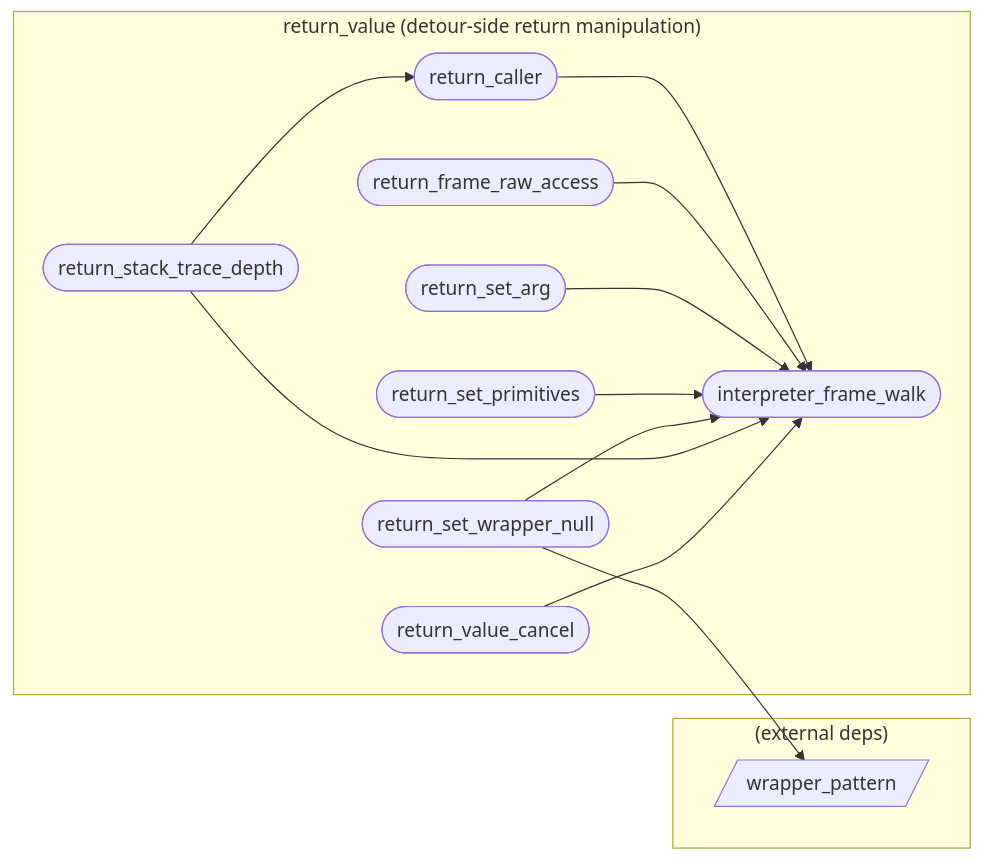
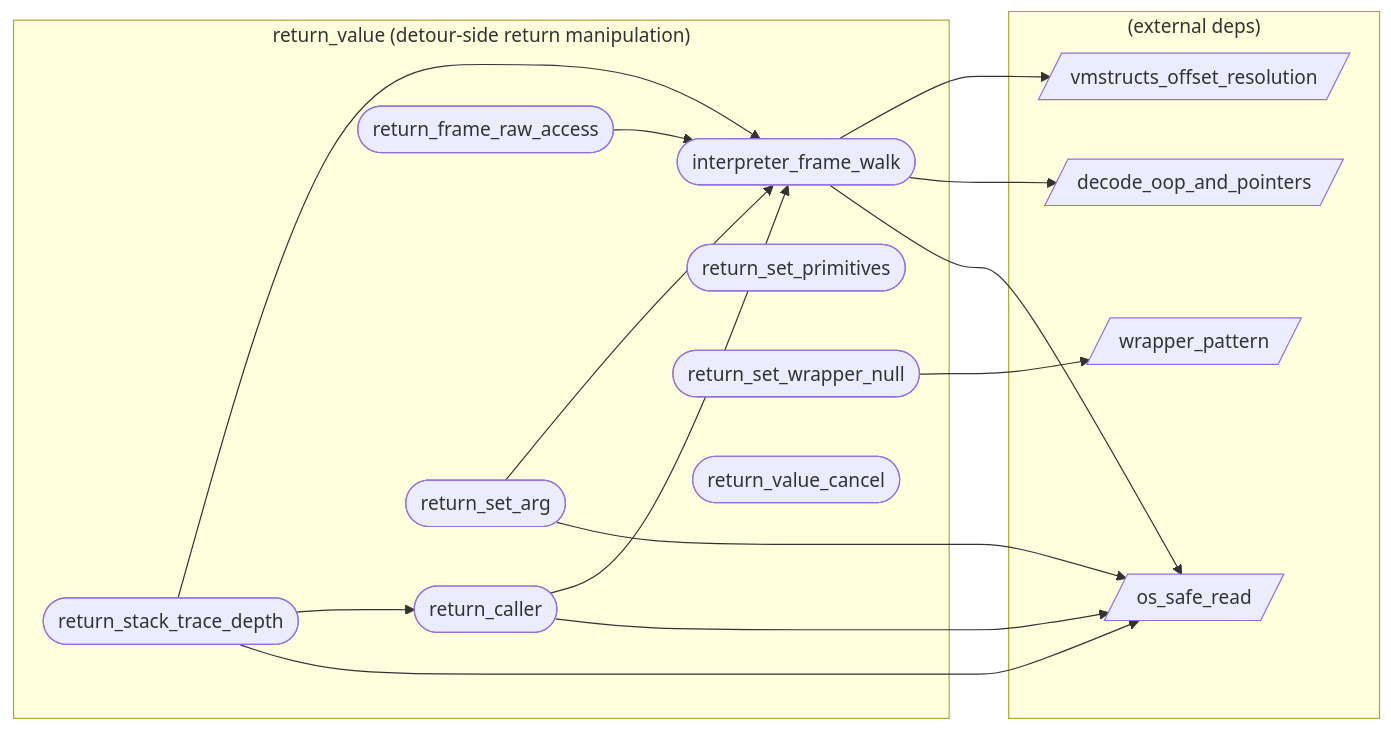
One commit to xxxnpno/VMHook changed the diagram in audit/graph/categories/return.md. Above: the diagram before and after it, drawn with Mermaid. The commit also changed other lines of this file and 169 other files, not shown here.

````diff
--- a/audit/graph/categories/return.md
+++ b/audit/graph/categories/return.md
@@ -25,25 +25,31 @@
 ```mermaid
 flowchart LR
   subgraph return["return_value (detour-side return manipulation)"]
     interpreter_frame_walk([interpreter_frame_walk])
     return_caller([return_caller])
     return_frame_raw_access([return_frame_raw_access])
     return_set_arg([return_set_arg])
     return_set_primitives([return_set_primitives])
     return_set_wrapper_null([return_set_wrapper_null])
     return_stack_trace_depth([return_stack_trace_depth])
     return_value_cancel([return_value_cancel])
   end
   subgraph external["(external deps)"]
+    decode_oop_and_pointers[/decode_oop_and_pointers/]
+    os_safe_read[/os_safe_read/]
+    vmstructs_offset_resolution[/vmstructs_offset_resolution/]
     wrapper_pattern[/wrapper_pattern/]
   end
+  interpreter_frame_walk --> vmstructs_offset_resolution
+  interpreter_frame_walk --> decode_oop_and_pointers
+  interpreter_frame_walk --> os_safe_read
   return_caller --> interpreter_frame_walk
+  return_caller --> os_safe_read
   return_frame_raw_access --> interpreter_frame_walk
   return_set_arg --> interpreter_frame_walk
-  return_set_primitives --> interpreter_frame_walk
-  return_set_wrapper_null --> interpreter_frame_walk
+  return_set_arg --> os_safe_read
   return_set_wrapper_null --> wrapper_pattern
   return_stack_trace_depth --> interpreter_frame_walk
   return_stack_trace_depth --> return_caller
-  return_value_cancel --> interpreter_frame_walk
+  return_stack_trace_depth --> os_safe_read
 ```
````
